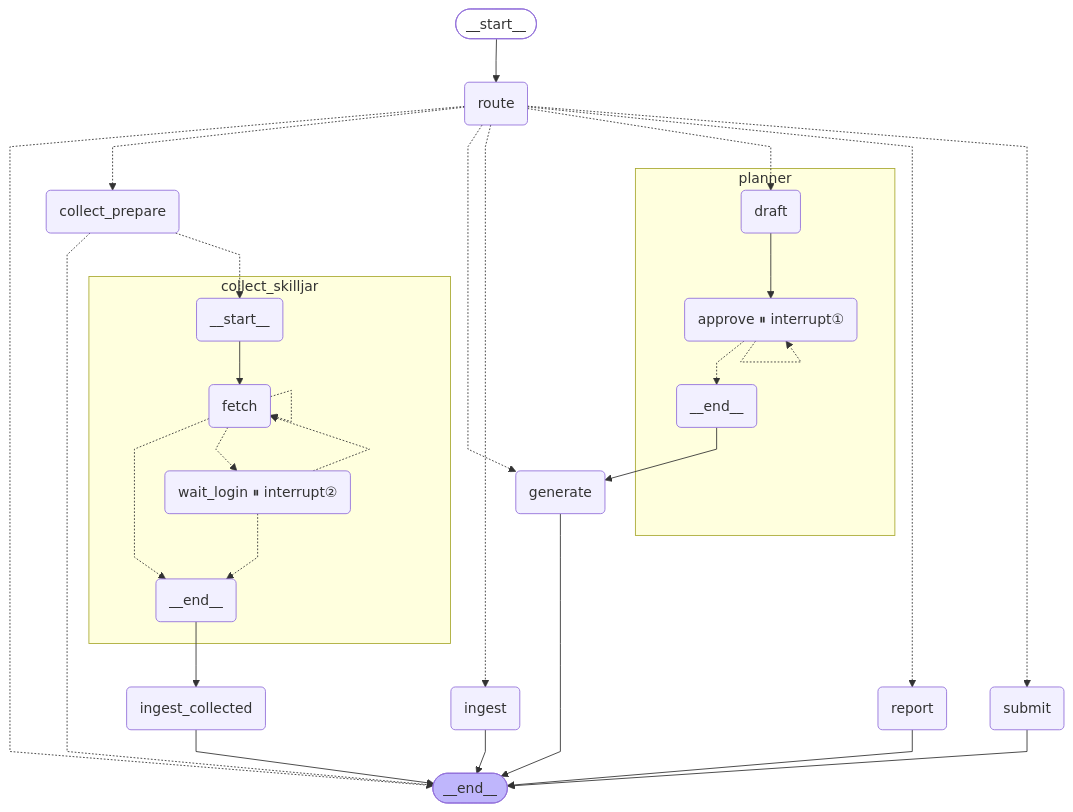
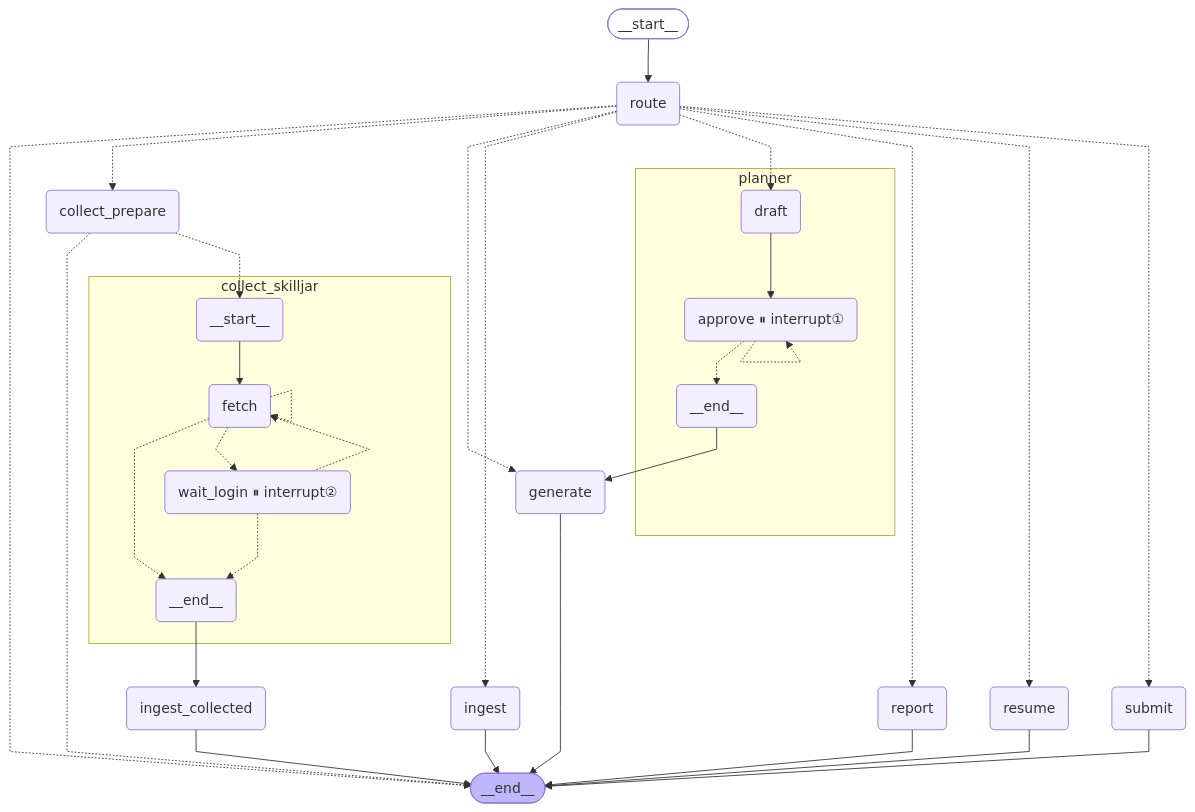
The diagram in docs/graphs/supervisor.mmd (akachun/misslens), drawn with Mermaid before and after one commit. The commit also changed 11 other files, not shown here.

```diff
--- a/docs/graphs/supervisor.mmd
+++ b/docs/graphs/supervisor.mmd
@@ -1,55 +1,58 @@
 ---
 config:
   flowchart:
     curve: linear
 ---
 graph TD;
 	__start__([<p>__start__</p>]):::first
 	route(route)
 	generate(generate)
+	resume(resume)
 	report(report)
 	submit(submit)
 	ingest(ingest)
 	collect_prepare(collect_prepare)
 	ingest_collected(ingest_collected)
 	__end__([<p>__end__</p>]):::last
 	__start__ --> route;
 	collect_prepare -.-> __end__;
 	collect_prepare -.-> collect_skilljar____start__;
 	collect_skilljar____end__ --> ingest_collected;
 	planner____end__ --> generate;
 	route -.-> __end__;
 	route -.-> collect_prepare;
 	route -.-> generate;
 	route -.-> ingest;
 	route -.-> planner__draft;
 	route -.-> report;
+	route -.-> resume;
 	route -.-> submit;
 	generate --> __end__;
 	ingest --> __end__;
 	ingest_collected --> __end__;
 	report --> __end__;
+	resume --> __end__;
 	submit --> __end__;
 	subgraph planner
 	planner__draft(draft)
 	planner__approve(approve ⏸ interrupt①)
 	planner____end__(<p>__end__</p>)
 	planner__approve -.-> planner____end__;
 	planner__draft --> planner__approve;
 	planner__approve -.-> planner__approve;
 	end
 	subgraph collect_skilljar
 	collect_skilljar____start__(<p>__start__</p>)
 	collect_skilljar__fetch(fetch)
 	collect_skilljar__wait_login(wait_login ⏸ interrupt②)
 	collect_skilljar____end__(<p>__end__</p>)
 	collect_skilljar____start__ --> collect_skilljar__fetch;
 	collect_skilljar__fetch -.-> collect_skilljar____end__;
 	collect_skilljar__fetch -.-> collect_skilljar__wait_login;
 	collect_skilljar__wait_login -.-> collect_skilljar____end__;
 	collect_skilljar__wait_login -.-> collect_skilljar__fetch;
 	collect_skilljar__fetch -.-> collect_skilljar__fetch;
 	end
 	classDef default fill:#f2f0ff,line-height:1.2
 	classDef first fill-opacity:0
 	classDef last fill:#bfb6fc
```
